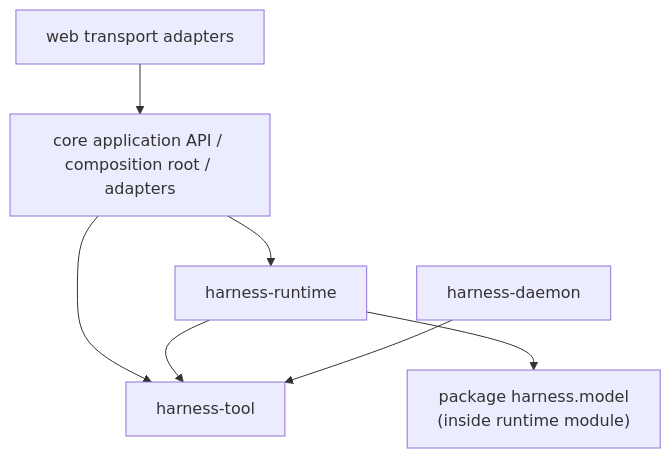
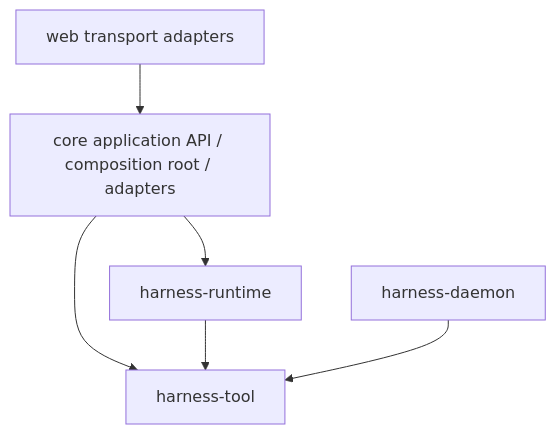
Before and after one commit to fengwk/kk-studio: the first of 4 diagrams in docs/technical-solution/harness-runtime-architecture.md, drawn with Mermaid. The commit also changed other lines of this file and 202 other files, not shown here.

Commit message:
refactor(harness): consolidate model contracts under runtime

````diff
--- a/docs/technical-solution/harness-runtime-architecture.md
+++ b/docs/technical-solution/harness-runtime-architecture.md
@@ -26,16 +26,14 @@
 ```mermaid
 flowchart TB
     W[web transport adapters]
     C[core application API / composition root / adapters]
     R[harness-runtime]
     T[harness-tool]
     D[harness-daemon]
-    Mpkg["package harness.model<br/>(inside runtime module)"]
 
     W --> C
     C --> R
     C --> T
     R --> T
-    R --> Mpkg
     D --> T
 ```
````
